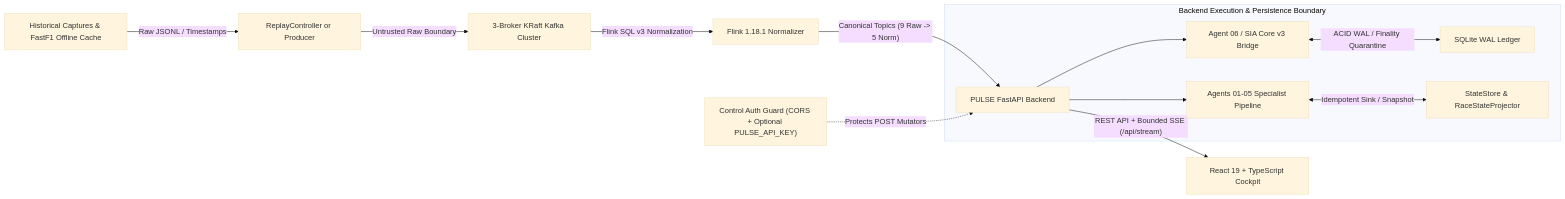
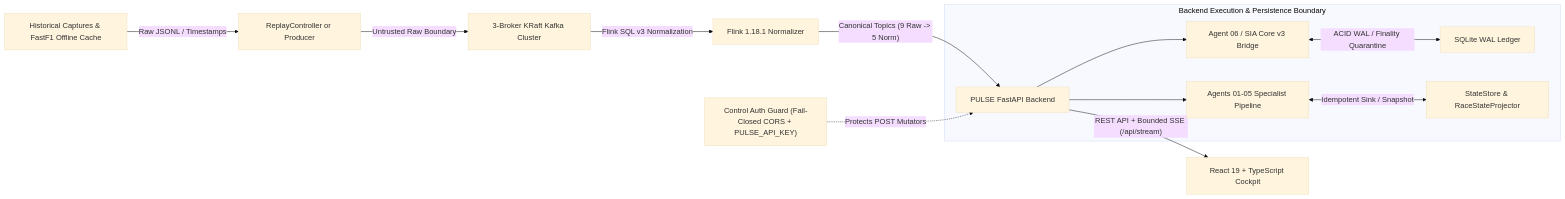
One commit to ChiragHariprasad/Caliberv2 changed the first of 6 diagrams in docs/architecture/CURRENT_ARCHITECTURE.md. Above: the diagram before and after it, drawn with Mermaid (base theme). The commit also changed other lines of this file and 11 other files, not shown here.

````diff
--- a/docs/architecture/CURRENT_ARCHITECTURE.md
+++ b/docs/architecture/CURRENT_ARCHITECTURE.md
@@ -28,15 +28,15 @@
 ```mermaid
 flowchart LR
     EXT["Historical Captures & FastF1 Offline Cache"] -->|"Raw JSONL / Timestamps"| ING["ReplayController or Producer"]
     ING -->|"Untrusted Raw Boundary"| KVK["3-Broker KRaft Kafka Cluster"]
     KVK -->|"Flink SQL v3 Normalization"| FIN["Flink 1.18.1 Normalizer"]
     FIN -->|"Canonical Topics (9 Raw -> 5 Norm)"| CORE["PULSE FastAPI Backend"]
     subgraph Trusted["Backend Execution & Persistence Boundary"]
         CORE --> AG["Agents 01-05 Specialist Pipeline"]
         CORE --> SIA["Agent 06 / SIA Core v3 Bridge"]
         SIA <-->|"ACID WAL / Finality Quarantine"| WAL["SQLite WAL Ledger"]
         AG <-->|"Idempotent Sink / Snapshot"| STORE["StateStore & RaceStateProjector"]
     end
     CORE -->|"REST API + Bounded SSE (/api/stream)"| UI["React 19 + TypeScript Cockpit"]
-    SEC["Control Auth Guard (CORS + Optional PULSE_API_KEY)"] -.->|"Protects POST Mutators"| CORE
+    SEC["Control Auth Guard (Fail-Closed CORS + PULSE_API_KEY)"] -.->|"Protects POST Mutators"| CORE
 ```
````
